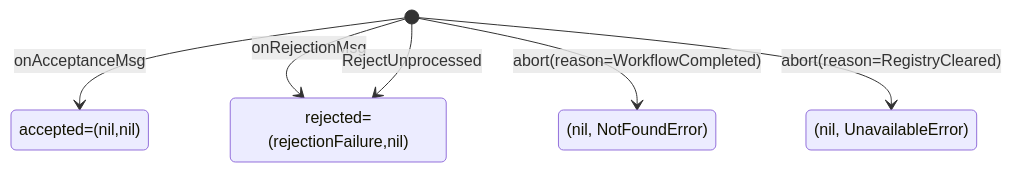
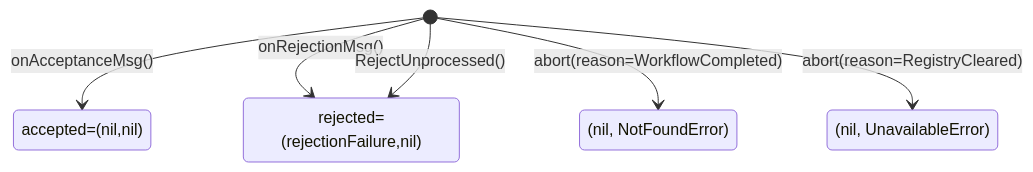
The third of 5 diagrams in docs/architecture/workflow-update.md (temporalio/temporal), drawn with Mermaid before and after one commit. The commit also changed other lines of this file and 1 other file, not shown here.

````diff
--- a/docs/architecture/workflow-update.md
+++ b/docs/architecture/workflow-update.md
@@ -184,12 +190,13 @@
 ```mermaid
 stateDiagram-v2
     accepted: accepted=(nil,nil)
     rejected: rejected=(rejectionFailure,nil)
     notFound: (nil, NotFoundError)
     unavailable: (nil, UnavailableError)
-    [*] --> accepted: onAcceptanceMsg
-    [*] --> rejected: onRejectionMsg
-    [*] --> rejected: RejectUnprocessed
+    
+    [*] --> accepted: onAcceptanceMsg()
+    [*] --> rejected: onRejectionMsg()
+    [*] --> rejected: RejectUnprocessed()
     [*] --> notFound: abort(reason=WorkflowCompleted)
     [*] --> unavailable: abort(reason=RegistryCleared)
 ```
````
